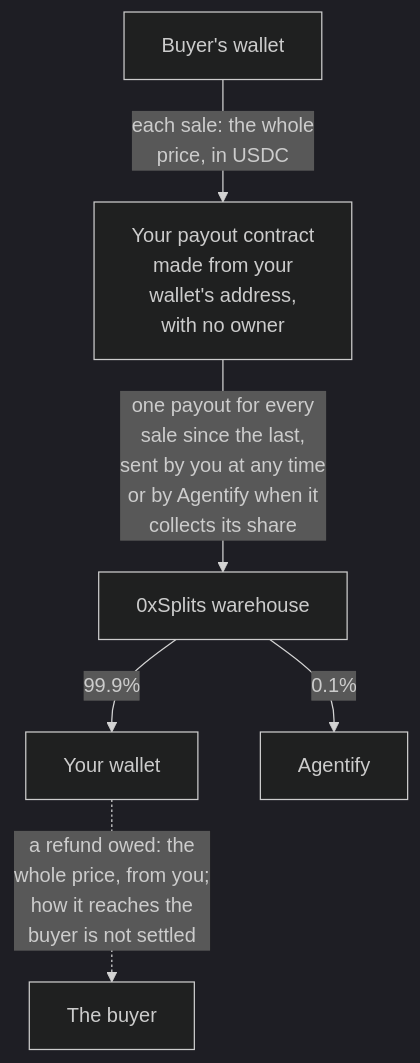
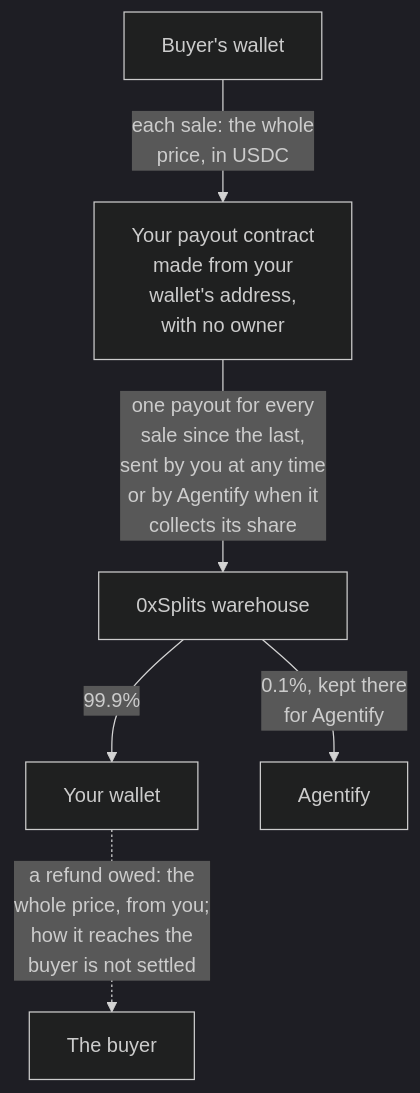
The diagram in apps/docs/money.md (nuanu-ai/agentify), drawn with Mermaid (dark theme) before and after one commit. The commit also changed 11 other files, not shown here.

````diff
--- a/apps/docs/money.md
+++ b/apps/docs/money.md
@@ -10,10 +10,10 @@
 ```mermaid
 flowchart TB
     accTitle: Where a buyer's payment goes
-    accDescr: Each sale pays the whole price in USDC into your payout contract, which is made from your wallet's address and has no owner. One payout transaction, sent by you at any time or by Agentify when it collects its own share, pays out every sale since the last payout through the shared 0xSplits warehouse, 99.9 percent to your wallet and 0.1 percent to Agentify. A refund owed is the whole price, from your own wallet; how it reaches the buyer is not settled yet, and nothing Agentify gives you names the buyer's address.
+    accDescr: Each sale pays the whole price in USDC into your payout contract, which is made from your wallet's address and has no owner. One payout transaction, sent by you at any time or by Agentify when it collects its own share, pays out every sale since the last payout through the shared 0xSplits warehouse: 99.9 percent to your wallet, and 0.1 percent kept in the warehouse for Agentify. A refund owed is the whole price, from your own wallet; how it reaches the buyer is not settled yet, and nothing Agentify gives you names the buyer's address.
     B["Buyer's wallet"] -- "each sale: the whole<br/>price, in USDC" --> C["Your payout contract<br/>made from your<br/>wallet's address,<br/>with no owner"]
     C -- "one payout for every<br/>sale since the last,<br/>sent by you at any time<br/>or by Agentify when it<br/>collects its share" --> W["0xSplits warehouse"]
     W -- "99.9%" --> Y["Your wallet"]
-    W -- "0.1%" --> F["Agentify"]
+    W -- "0.1%, kept there<br/>for Agentify" --> F["Agentify"]
     Y -. "a refund owed: the<br/>whole price, from you;<br/>how it reaches the<br/>buyer is not settled" .-> R["The buyer"]
 ```
````
